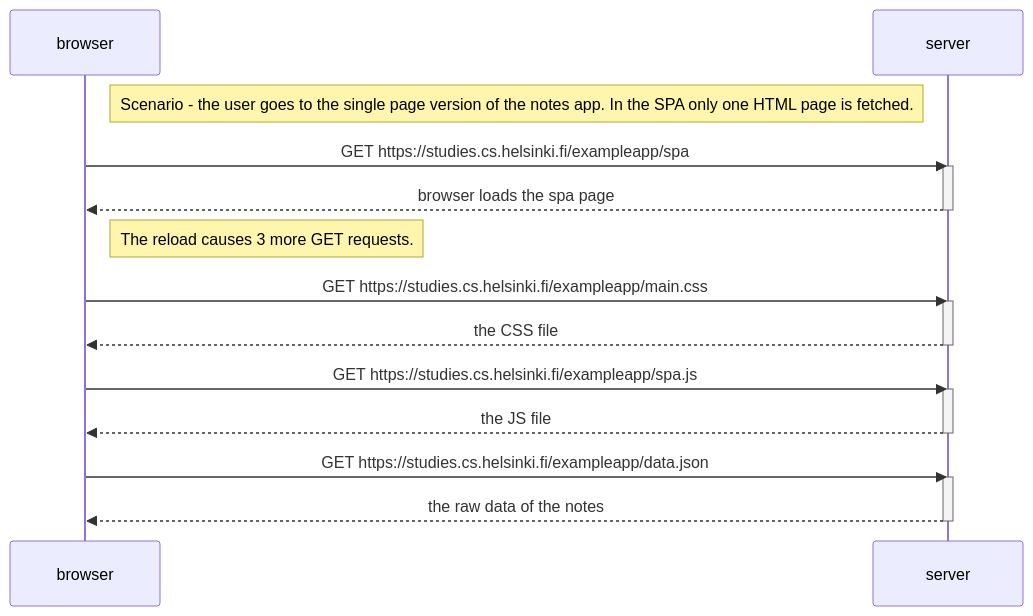
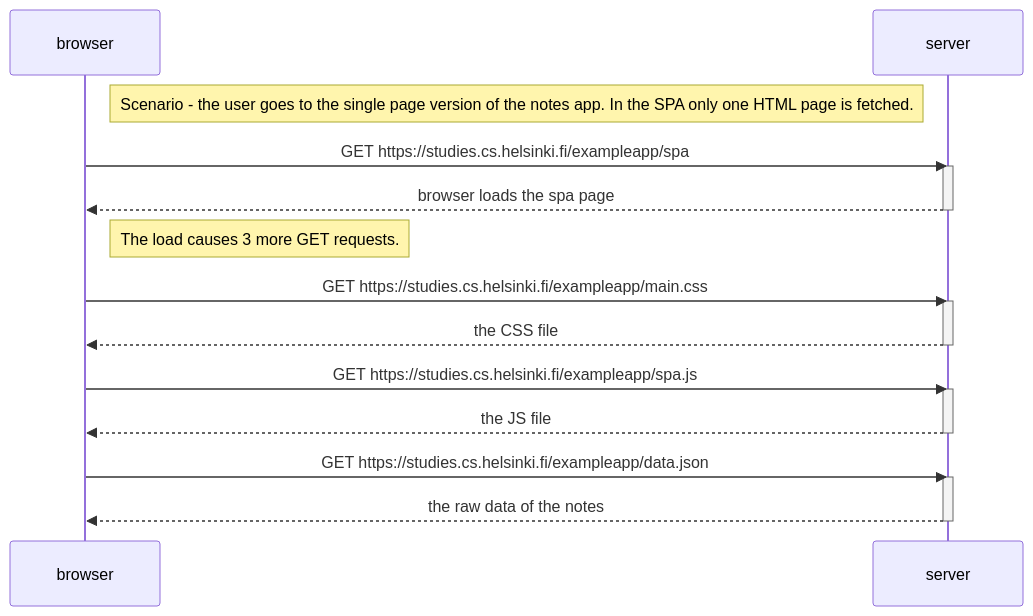
One commit to EmCarlss/UHelsinki_full_stack_open changed the diagram in part0/Sequence_d0.5_spa.md. Above: the diagram before and after it, drawn with Mermaid.

````diff
--- a/part0/Sequence_d0.5_spa.md
+++ b/part0/Sequence_d0.5_spa.md
@@ -2,29 +2,29 @@
 ```mermaid
 sequenceDiagram
     participant browser
     participant server
 
     Note right of browser: Scenario - the user goes to the single page version of the notes app. In the SPA only one HTML page is fetched.
 
     browser->>server: GET https://studies.cs.helsinki.fi/exampleapp/spa
     activate server
     server-->>browser: browser loads the spa page 
     deactivate server
 
-    Note right of browser: The reload causes 3 more GET requests.
+    Note right of browser: The load causes 3 more GET requests.
     
     browser->>server: GET https://studies.cs.helsinki.fi/exampleapp/main.css
     activate server
     server-->>browser: the CSS file
     deactivate server
 
     browser->>server: GET https://studies.cs.helsinki.fi/exampleapp/spa.js
     activate server
     server-->>browser: the JS file
     deactivate server
 
     browser->>server: GET https://studies.cs.helsinki.fi/exampleapp/data.json
     activate server
     server-->>browser: the raw data of the notes
     deactivate server
 ```
````
